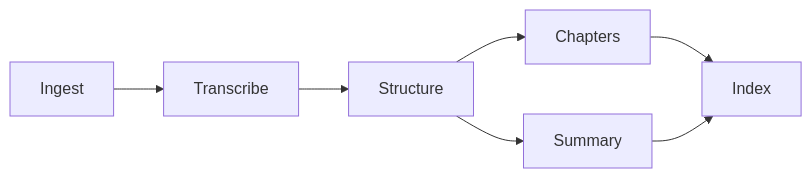
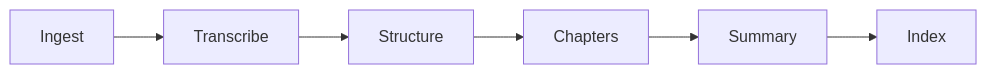
Before and after one commit to NikhilGarg21/VideoMind-AI: the diagram in README.md, drawn with Mermaid. The commit also changed other lines of this file, not shown here.

````diff
--- a/README.md
+++ b/README.md
@@ -42,9 +31,8 @@
 ```mermaid
 flowchart LR
     A[Ingest] --> B[Transcribe]
     B --> C[Structure]
     C --> D[Chapters]
-    C --> E[Summary]
-    D --> F[Index]
-    E --> F
+    D --> E[Summary]
+    E --> F[Index]
 ```
````
